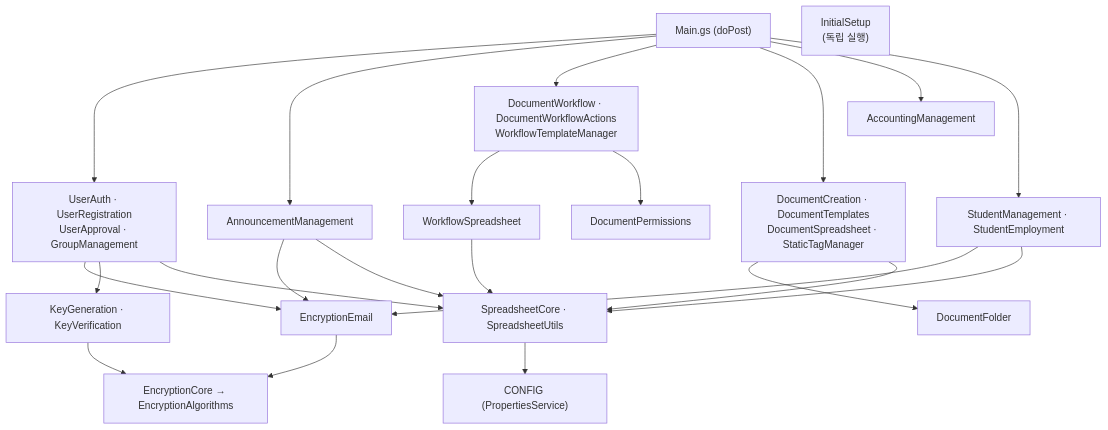
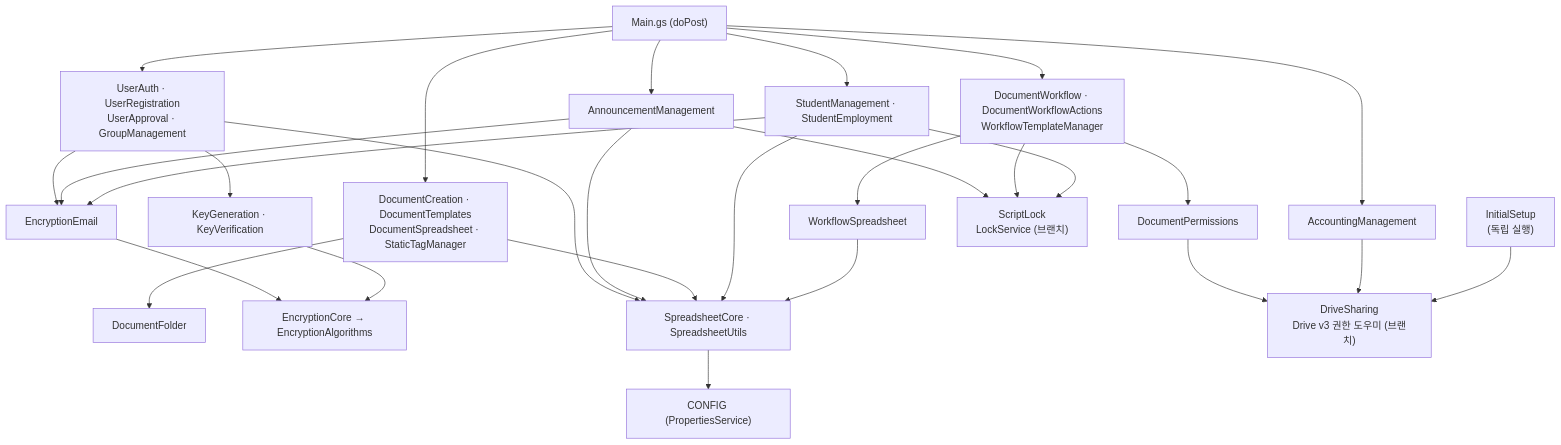
Before and after one commit to semicolon213/hot_potato_remake: diagram 13 of 13 in docs/ARCHITECTURE.md, drawn with Mermaid. The commit also changed other lines of this file and 11 other files, not shown here.

````diff
--- a/docs/ARCHITECTURE.md
+++ b/docs/ARCHITECTURE.md
@@ -417,19 +419,21 @@
 ```mermaid
 flowchart TB
     MAIN["Main.gs (doPost)"] --> USER["UserAuth · UserRegistration<br/>UserApproval · GroupManagement"]
     MAIN --> NOTICE["AnnouncementManagement"]
     MAIN --> WORK["DocumentWorkflow · DocumentWorkflowActions<br/>WorkflowTemplateManager"]
     MAIN --> DOCS["DocumentCreation · DocumentTemplates<br/>DocumentSpreadsheet · StaticTagManager"]
     MAIN --> ACCT["AccountingManagement"]
     MAIN --> STUD["StudentManagement · StudentEmployment"]
     WORK --> WSHEET["WorkflowSpreadsheet"]
     WORK --> PERM["DocumentPermissions"]
     DOCS --> FOLDER["DocumentFolder"]
     USER & NOTICE & STUD --> EMAIL["EncryptionEmail"]
     EMAIL --> ECORE["EncryptionCore → EncryptionAlgorithms"]
     USER --> KEY["KeyGeneration · KeyVerification"]
     KEY --> ECORE
     USER & NOTICE & DOCS & STUD & WSHEET --> SCORE["SpreadsheetCore · SpreadsheetUtils"]
     SCORE --> CONFIG["CONFIG (PropertiesService)"]
     INIT["InitialSetup<br/>(독립 실행)"]
+    PERM & ACCT & INIT --> SHARE["DriveSharing<br/>Drive v3 권한 도우미 (브랜치)"]
+    NOTICE & WORK & STUD --> LOCK["ScriptLock<br/>LockService (브랜치)"]
 ```
````
